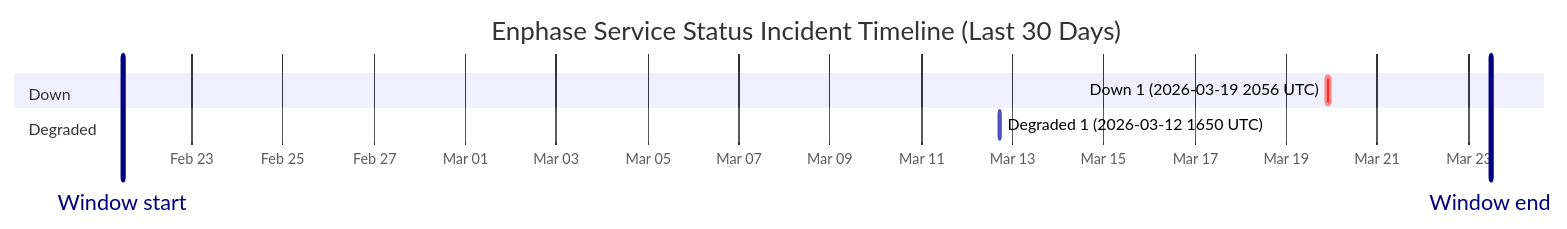
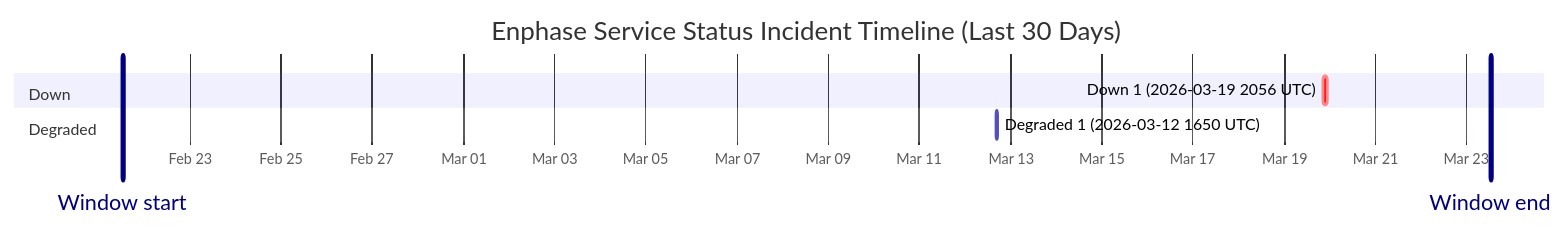
One commit to barneyonline/ha-enphase-ev-charger changed the diagram in wiki/Service-Status-History.md. Above: the diagram before and after it, drawn with Mermaid. The commit also changed other lines of this file and 3 other files, not shown here.

````diff
--- a/wiki/Service-Status-History.md
+++ b/wiki/Service-Status-History.md
@@ -14,12 +14,12 @@
 ```mermaid
 gantt
     title Enphase Service Status Incident Timeline (Last 30 Days)
     dateFormat  YYYY-MM-DDTHH:mm:ss
     axisFormat  %b %d
-    Window start :vert, window-start, 2026-02-21T11:37:32, 0ms
-    Window end :vert, window-end, 2026-03-23T11:37:32, 0ms
+    Window start :vert, window-start, 2026-02-21T12:43:06, 0ms
+    Window end :vert, window-end, 2026-03-23T12:43:06, 0ms
     section Down
     Down 1 (2026-03-19 2056 UTC) :crit, down-1, 2026-03-19T20:56:20, 145m
     section Degraded
     Degraded 1 (2026-03-12 1650 UTC) :active, degraded-1, 2026-03-12T16:50:43, 60m
 ```
````
